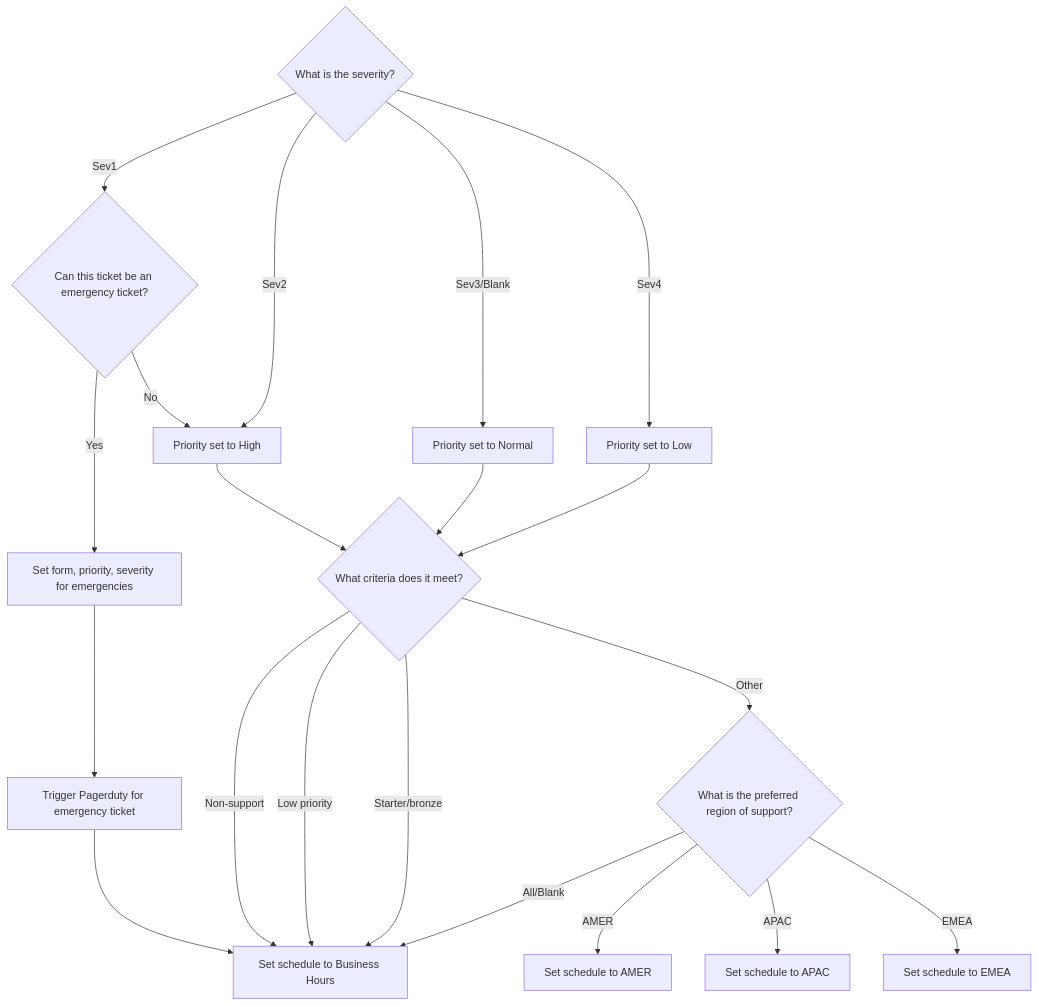
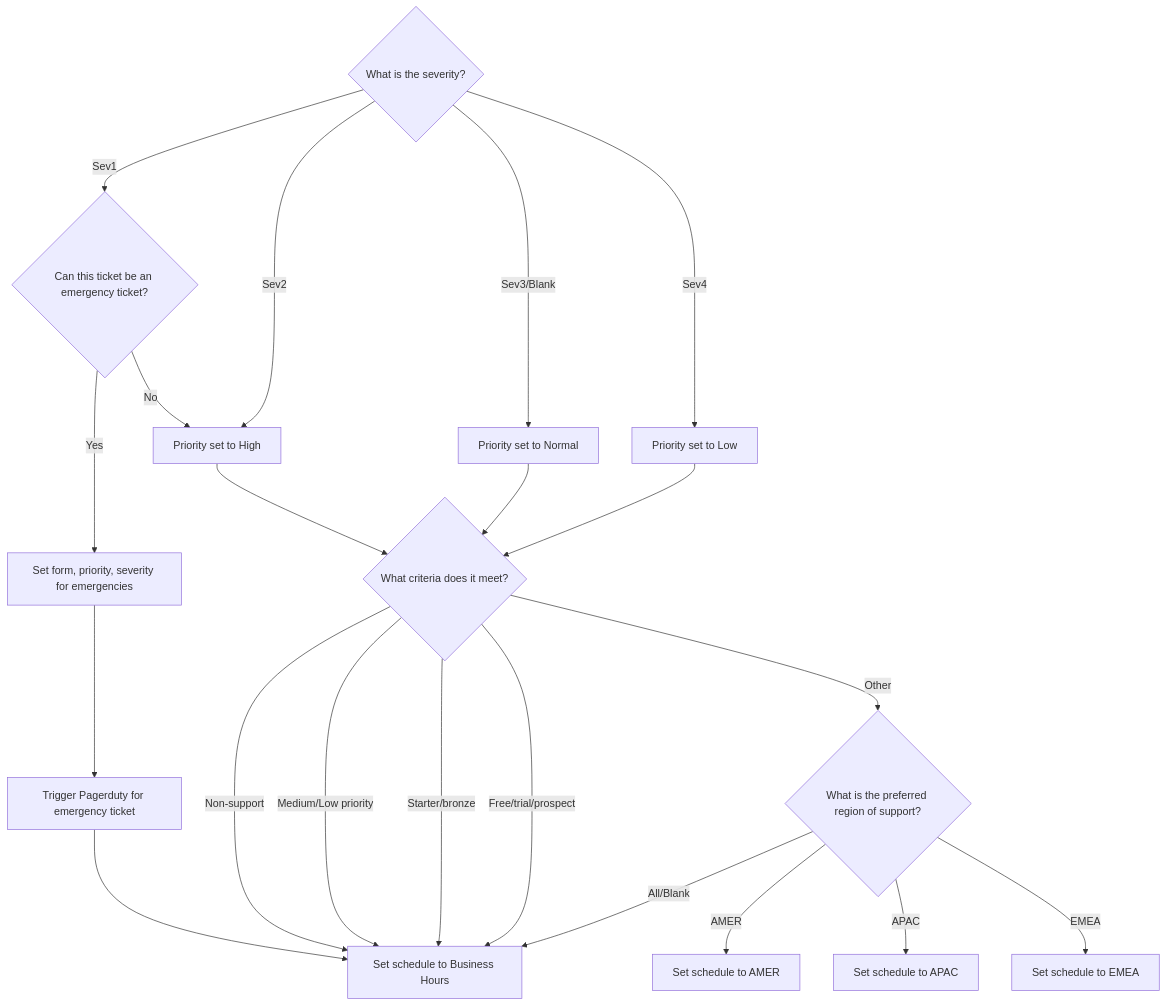
Before and after one commit to secretstartups/handbook: the fifth of 5 diagrams in support/support-ops/documentation/zendesk_global_routing.html.md, drawn with Mermaid.

Commit message:
Updating routing chart

````diff
--- a/support/support-ops/documentation/zendesk_global_routing.html.md
+++ b/support/support-ops/documentation/zendesk_global_routing.html.md
@@ -204,42 +204,43 @@
 ```mermaid
 graph TD;
   Start-->|"Sev1"| Sev1;
   Sev1-->|"Yes"| Emergency;
   Sev1-->|"No"| Sev2;
   Start-->|"Sev2"| Sev2;
   Start-->|"Sev3/Blank"| Sev3;
   Start-->|"Sev4"| Sev4;
   Sev2--> Schedule;
   Sev3--> Schedule;
   Sev4--> Schedule;
   Emergency--> Pagerduty;
   Schedule-->|"Non-support"| BusinessHours;
-  Schedule-->|"Low priority"| BusinessHours;
+  Schedule-->|"Medium/Low priority"| BusinessHours;
   Schedule-->|"Starter/bronze"| BusinessHours;
+  Schedule-->|"Free/trial/prospect"| BusinessHours;
   Schedule-->|"Other"| Preferred;
   Preferred-->|"All/Blank"| BusinessHours;
   Preferred-->|"AMER"| AMER;
   Preferred-->|"APAC"| APAC;
   Preferred-->|"EMEA"| EMEA;
 
   Pagerduty--> BusinessHours;
   Start{"What is the severity?"}
   Sev1{"Can this ticket be an emergency ticket?"};
   Sev2["Priority set to High"];
   Sev3["Priority set to Normal"];
   Sev4["Priority set to Low"];
   click Sev4 "https://gitlab.zendesk.com/agent/admin/triggers/360076290239" _blank;
   Emergency["Set form, priority, severity for emergencies"]
   click Emergency "https://gitlab.zendesk.com/agent/admin/triggers/360075984960" _blank;
   Pagerduty["Trigger Pagerduty for emergency ticket"];
   click Pagerduty "https://gitlab.zendesk.com/agent/admin/triggers/360074069999" _blank;
   Schedule{"What criteria does it meet?"};
   Preferred{"What is the preferred region of support?"}
   AMER["Set schedule to AMER"];
   click AMER "https://gitlab.zendesk.com/agent/admin/triggers/360014043640" _blank;
   APAC["Set schedule to APAC"];
   click APAC "https://gitlab.zendesk.com/agent/admin/triggers/360014043600" _blank;
   EMEA["Set schedule to EMEA"];
   click EMEA "https://gitlab.zendesk.com/agent/admin/triggers/360014064819" _blank;
   BusinessHours["Set schedule to Business Hours"];
 ```
````
